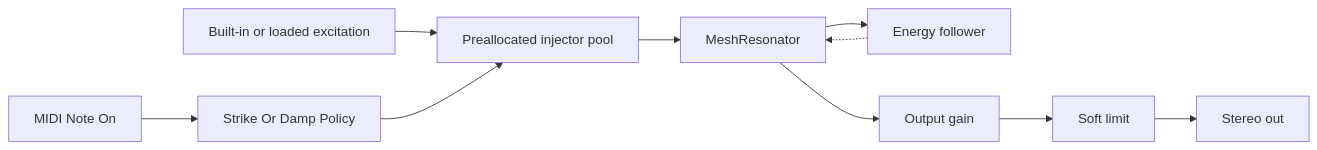
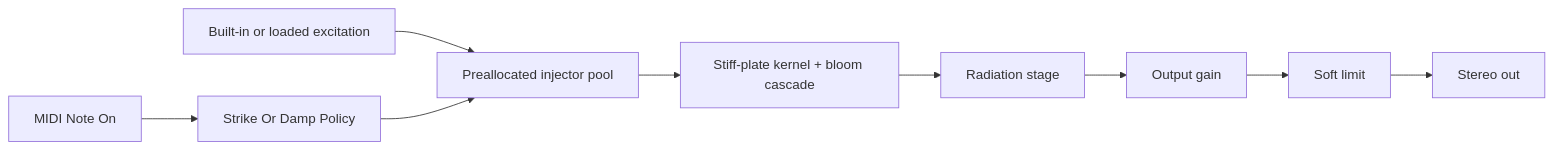
The diagram in docs/plugins/lamath-cymbal.md (chris-arsenault/lindelion), drawn with Mermaid before and after one commit. The commit also changed other lines of this file and 1780 other files, not shown here.

````diff
--- a/docs/plugins/lamath-cymbal.md
+++ b/docs/plugins/lamath-cymbal.md
@@ -27,12 +48,11 @@
 ```mermaid
 flowchart LR
     MIDI[MIDI Note On] --> POL[Strike Or Damp Policy]
     SLOT[Built-in or loaded excitation] --> INJ[Preallocated injector pool]
     POL --> INJ
-    INJ --> MESH[MeshResonator]
-    MESH --> ENERGY[Energy follower]
-    ENERGY -.-> MESH
-    MESH --> GAIN[Output gain]
+    INJ --> PLATE[Stiff-plate kernel + bloom cascade]
+    PLATE --> RAD[Radiation stage]
+    RAD --> GAIN[Output gain]
     GAIN --> LIMIT[Soft limit]
     LIMIT --> OUT[Stereo out]
 ```
````
